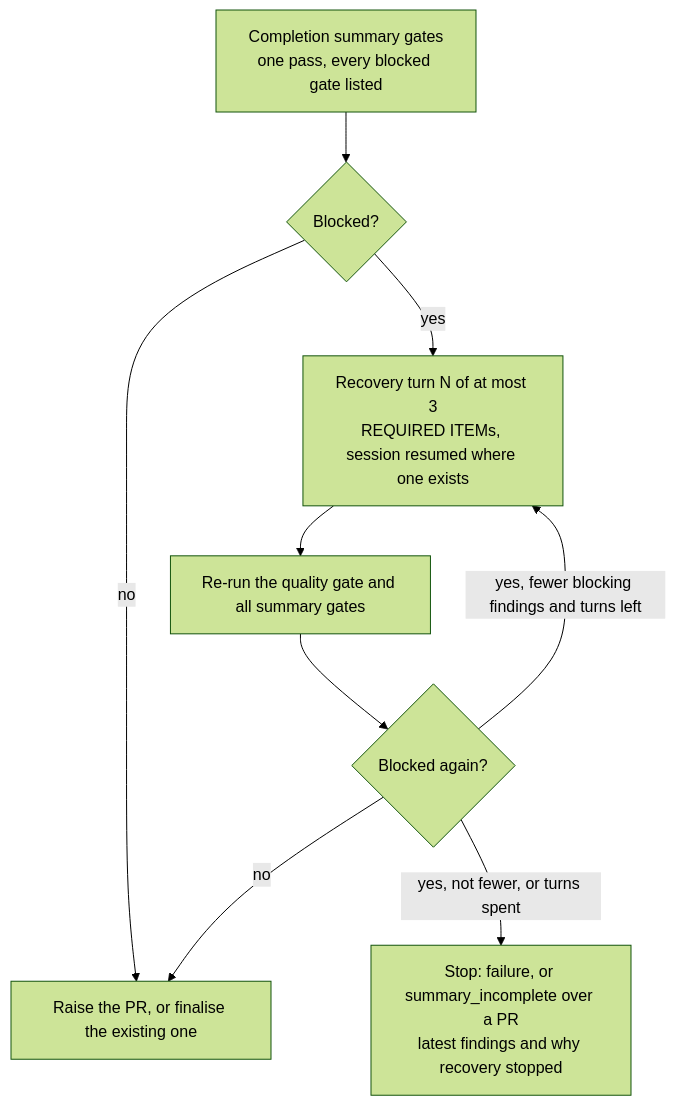
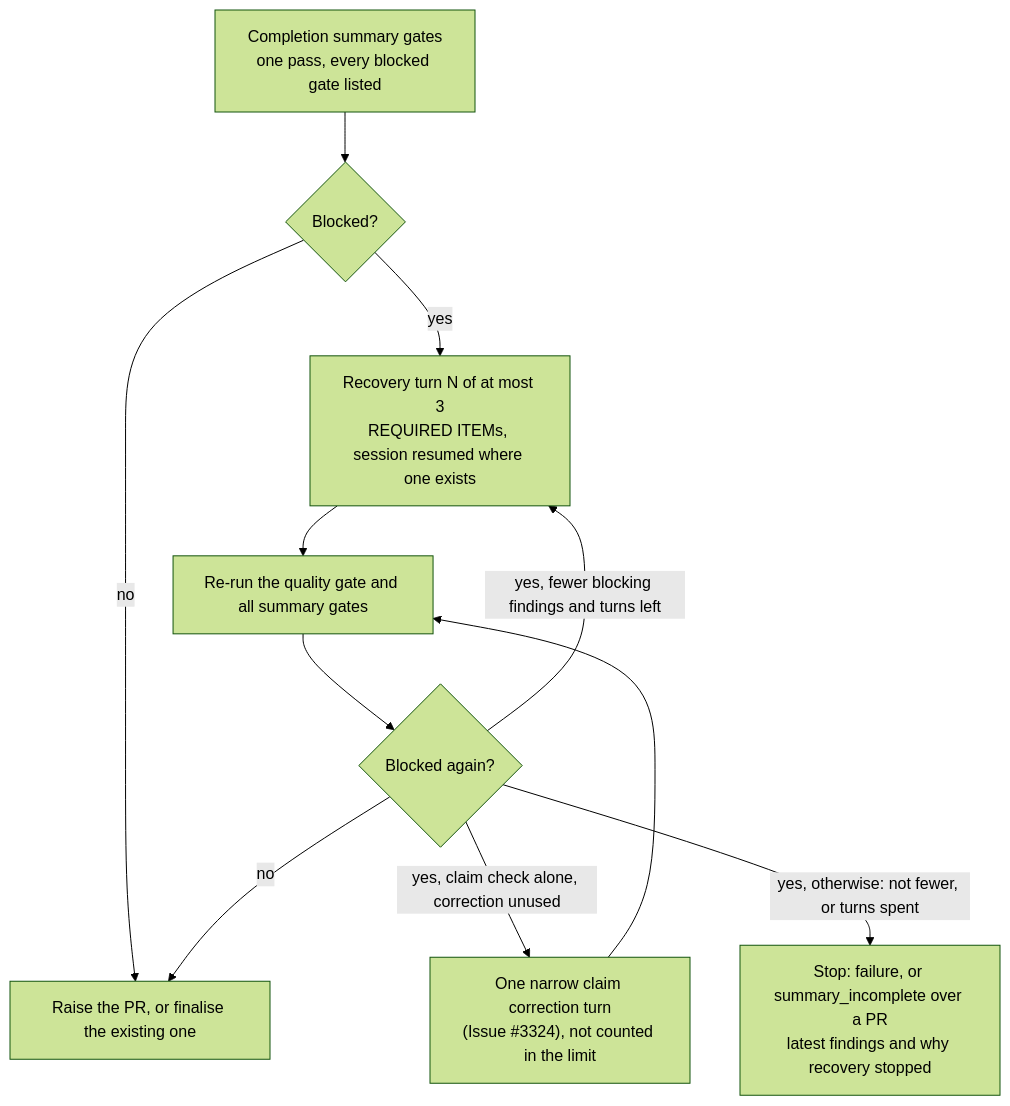
Diagram 23 of 26 in docs/workflows/issue-processing.md (stSoftwareAU/VibeCoder), drawn with Mermaid (forest theme) before and after one commit. The commit also changed other lines of this file and 3 other files, not shown here.

````diff
--- a/docs/workflows/issue-processing.md
+++ b/docs/workflows/issue-processing.md
@@ -2888,11 +2892,13 @@
 ```mermaid
 flowchart TD
     G["Completion summary gates<br/>one pass, every blocked gate listed"] --> B{"Blocked?"}
     B -- "no" --> P["Raise the PR, or finalise the existing one"]
     B -- "yes" --> T["Recovery turn N of at most 3<br/>REQUIRED ITEMs, session resumed where one exists"]
     T --> R["Re-run the quality gate and all summary gates"]
     R --> F{"Blocked again?"}
     F -- "no" --> P
     F -- "yes, fewer blocking findings and turns left" --> T
-    F -- "yes, not fewer, or turns spent" --> S["Stop: failure, or summary_incomplete over a PR<br/>latest findings and why recovery stopped"]
+    F -- "yes, claim check alone, correction unused" --> C["One narrow claim correction turn<br/>(Issue #3324), not counted in the limit"]
+    C --> R
+    F -- "yes, otherwise: not fewer, or turns spent" --> S["Stop: failure, or summary_incomplete over a PR<br/>latest findings and why recovery stopped"]
 ```
````
